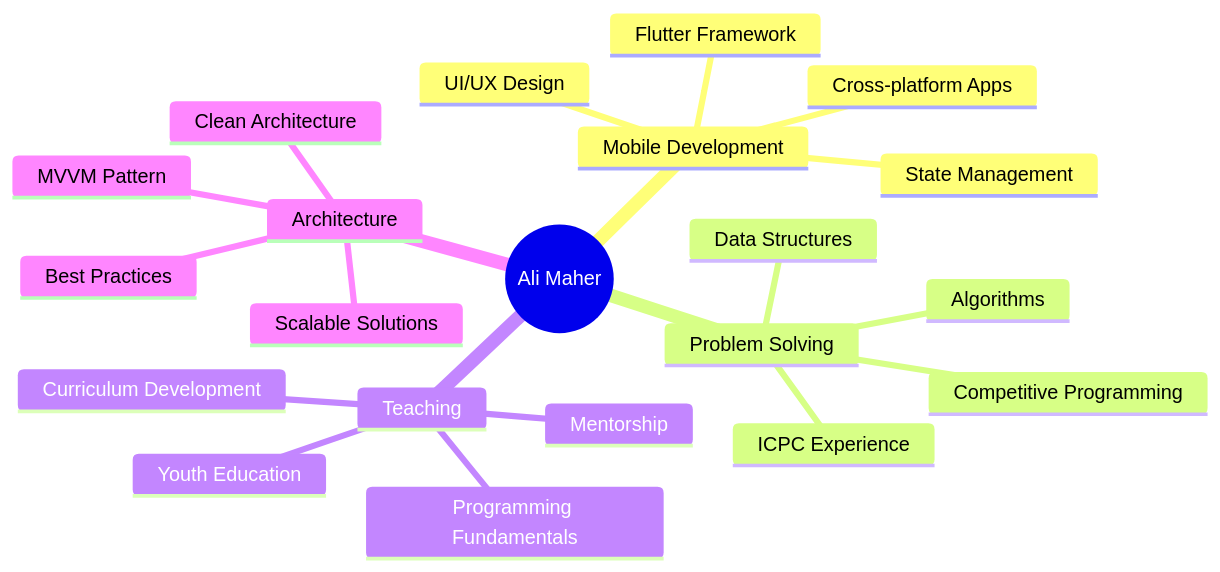
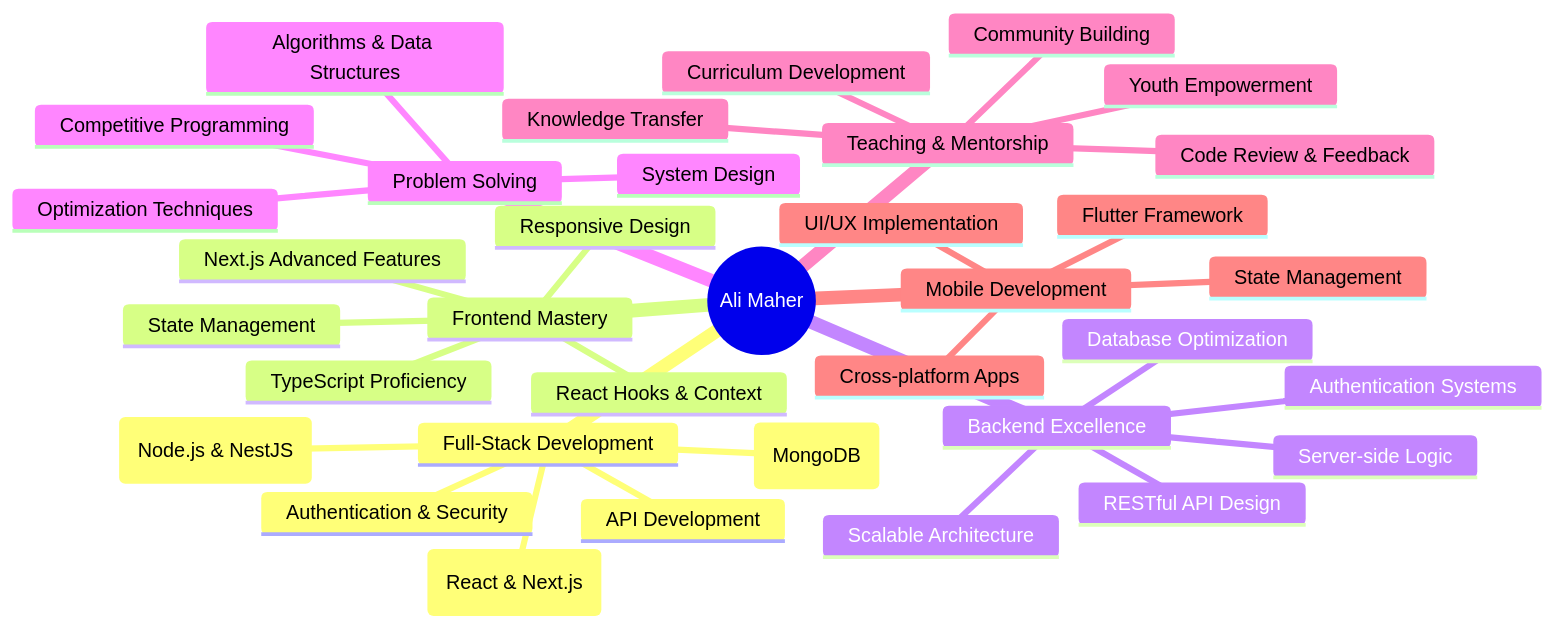
The diagram in README.md (ALi-Maher-Mohamed/ALi-Maher-Mohamed), drawn with Mermaid before and after one commit. The commit also changed other lines of this file, not shown here.

````diff
--- a/README.md
+++ b/README.md
@@ -133,24 +162,38 @@
 ```mermaid
 mindmap
   root((Ali Maher))
+    Full-Stack Development
+      Frontend (React & Next.js)
+      Backend (Node.js & NestJS)
+      Database Design (MongoDB)
+      API Development
+      Authentication & Security
+    Frontend Mastery
+      React Hooks & Context
+      Next.js Advanced Features
+      TypeScript Proficiency
+      Responsive Design
+      State Management
+    Backend Excellence
+      RESTful API Design
+      Database Optimization
+      Server-side Logic
+      Authentication Systems
+      Scalable Architecture
+    Problem Solving
+      Algorithms & Data Structures
+      Competitive Programming
+      System Design
+      Optimization Techniques
+    Teaching & Mentorship
+      Knowledge Transfer
+      Curriculum Development
+      Code Review & Feedback
+      Youth Empowerment
+      Community Building
     Mobile Development
       Flutter Framework
       Cross-platform Apps
-      UI/UX Design
       State Management
-    Problem Solving
-      Algorithms
-      Data Structures
-      Competitive Programming
-      ICPC Experience
-    Teaching
-      Youth Education
-      Programming Fundamentals
-      Mentorship
-      Curriculum Development
-    Architecture
-      Clean Architecture
-      MVVM Pattern
-      Scalable Solutions
-      Best Practices
+      UI/UX Implementation
 ```
````
